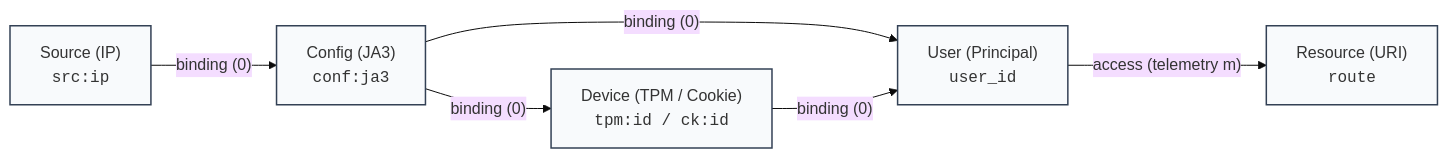
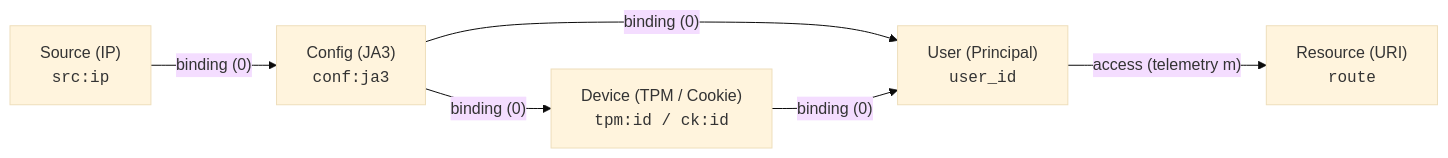
The first of 3 diagrams in README.md (DDoS-Fury/Papergate), drawn with Mermaid (base theme) before and after one commit. The commit also changed other lines of this file and 11 other files, not shown here.

````diff
--- a/README.md
+++ b/README.md
@@ -41,17 +32,14 @@
 ```mermaid
 flowchart LR
     S["Source (IP)<br/><code>src:ip</code>"]
     C["Config (JA3)<br/><code>conf:ja3</code>"]
     D["Device (TPM / Cookie)<br/><code>tpm:id / ck:id</code>"]
     U["User (Principal)<br/><code>user_id</code>"]
     R["Resource (URI)<br/><code>route</code>"]
 
     S -->|"binding (0)"| C
     C -->|"binding (0)"| D
     C -->|"binding (0)"| U
     D -->|"binding (0)"| U
     U -->|"access (telemetry m)"| R
-
-    classDef nodeStyle fill:#f8fafc,stroke:#334155,stroke-width:1.5px;
-    class S,C,D,U,R nodeStyle;
 ```
````
